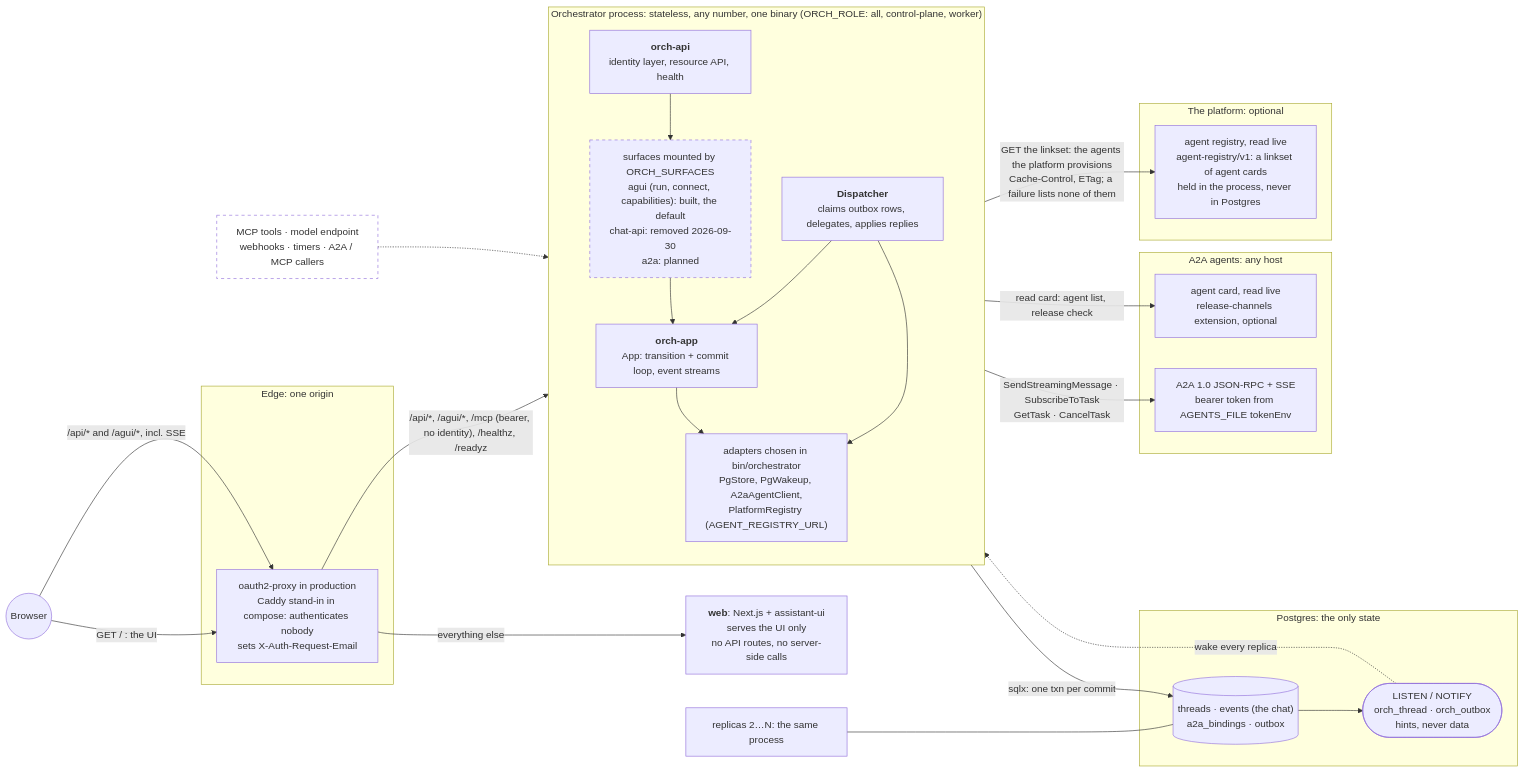
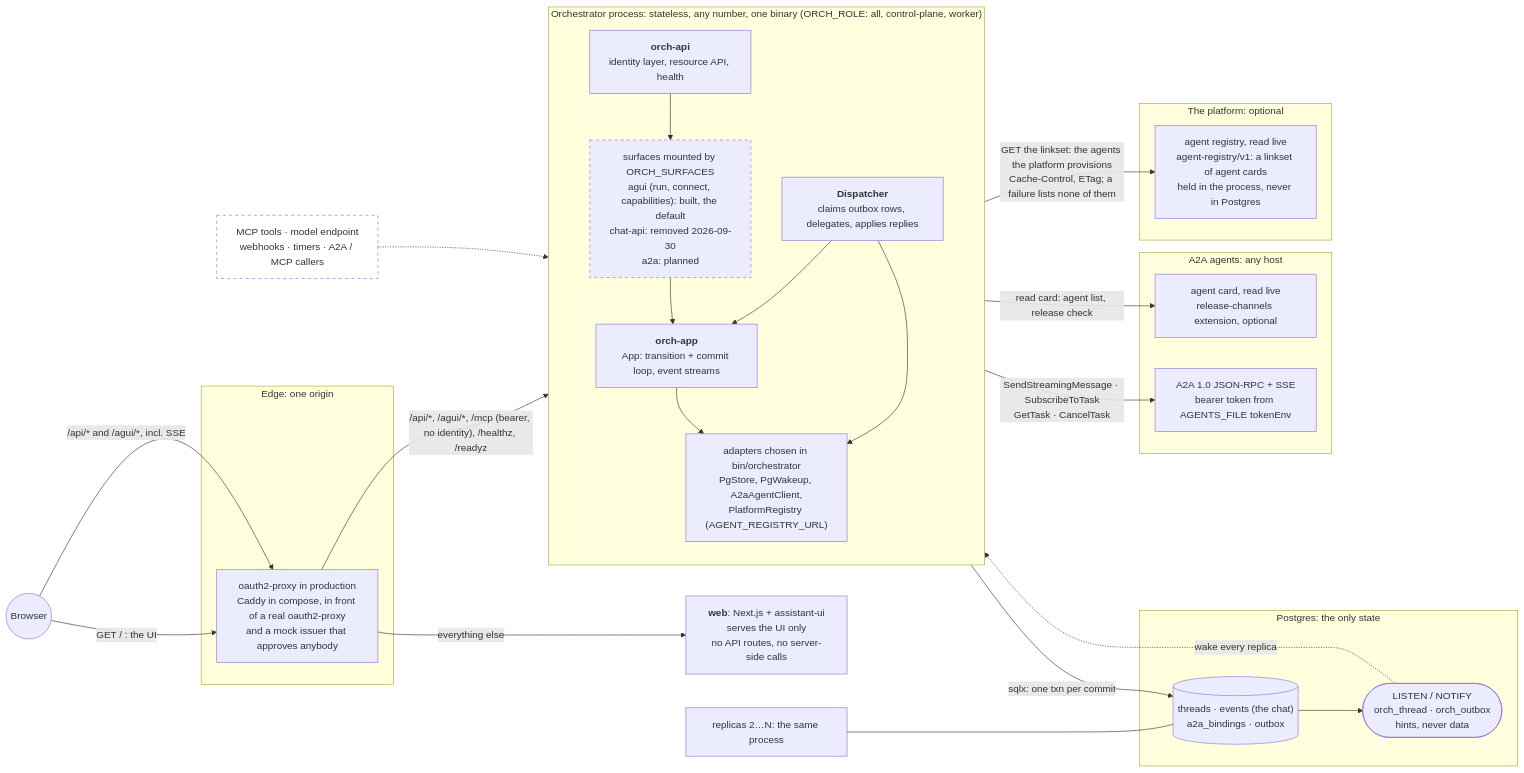
The first of 14 diagrams in docs/architecture.md (vymalo/another-agentic-system), drawn with Mermaid before and after one commit. The commit also changed other lines of this file and 43 other files, not shown here.

First line of the commit message:
build(dev): a mock OIDC issuer and oauth2-proxy in front of the stack (ADR 0033, S16) (#113)

````diff
--- a/docs/architecture.md
+++ b/docs/architecture.md
@@ -76,46 +76,46 @@
 ```mermaid
 flowchart LR
   browser(("Browser"))
   subgraph EDGE["Edge: one origin"]
-    edge["oauth2-proxy in production<br/>Caddy stand-in in compose: authenticates nobody<br/>sets X-Auth-Request-Email"]
+    edge["oauth2-proxy in production<br/>Caddy in compose, in front of a real oauth2-proxy<br/>and a mock issuer that approves anybody"]
   end
   web["<b>web</b>: Next.js + assistant-ui<br/>serves the UI only<br/>no API routes, no server-side calls"]
   subgraph REPLICA["Orchestrator process: stateless, any number, one binary (ORCH_ROLE: all, control-plane, worker)"]
     direction TB
     api["<b>orch-api</b><br/>identity layer, resource API, health"]
     surfaces["surfaces mounted by ORCH_SURFACES<br/>agui (run, connect, capabilities): built, the default<br/>chat-api: removed 2026-09-30<br/>a2a: planned"]
     app["<b>orch-app</b><br/>App: transition + commit loop, event streams"]
     disp["<b>Dispatcher</b><br/>claims outbox rows, delegates, applies replies"]
     adapters["adapters chosen in bin/orchestrator<br/>PgStore, PgWakeup, A2aAgentClient,<br/>PlatformRegistry (AGENT_REGISTRY_URL)"]
     api --> surfaces --> app
     disp --> app
     app --> adapters
     disp --> adapters
   end
   subgraph PG["Postgres: the only state"]
     tables[("threads · events (the chat)<br/>a2a_bindings · outbox")]
     notify(["LISTEN / NOTIFY<br/>orch_thread · orch_outbox<br/>hints, never data"])
   end
   subgraph AGENTS["A2A agents: any host"]
     card["agent card, read live<br/>release-channels extension, optional"]
     a2a["A2A 1.0 JSON-RPC + SSE<br/>bearer token from AGENTS_FILE tokenEnv"]
   end
   subgraph PLATFORM["The platform: optional"]
     registry["agent registry, read live<br/>agent-registry/v1: a linkset of agent cards<br/>held in the process, never in Postgres"]
   end
   browser -- "GET / : the UI" --> edge
   browser -- "/api/* and /agui/*, incl. SSE" --> edge
   edge -- "everything else" --> web
   edge -- "/api/*, /agui/*, /mcp (bearer, no identity), /healthz, /readyz" --> api
   adapters -- "sqlx: one txn per commit" --> tables
   tables --> notify
   notify -. "wake every replica" .-> adapters
   adapters -- "SendStreamingMessage · SubscribeToTask<br/>GetTask · CancelTask" --> a2a
   adapters -- "read card: agent list, release check" --> card
   adapters -- "GET the linkset: the agents the platform provisions<br/>Cache-Control, ETag; a failure lists none of them" --> registry
   more["replicas 2…N: the same process"] --- tables
   mcp["MCP tools · model endpoint<br/>webhooks · timers · A2A / MCP callers"]:::planned
   mcp -.-> api
   classDef planned stroke-dasharray: 5 5,fill:none
   style surfaces stroke-dasharray: 5 5
 ```
````
